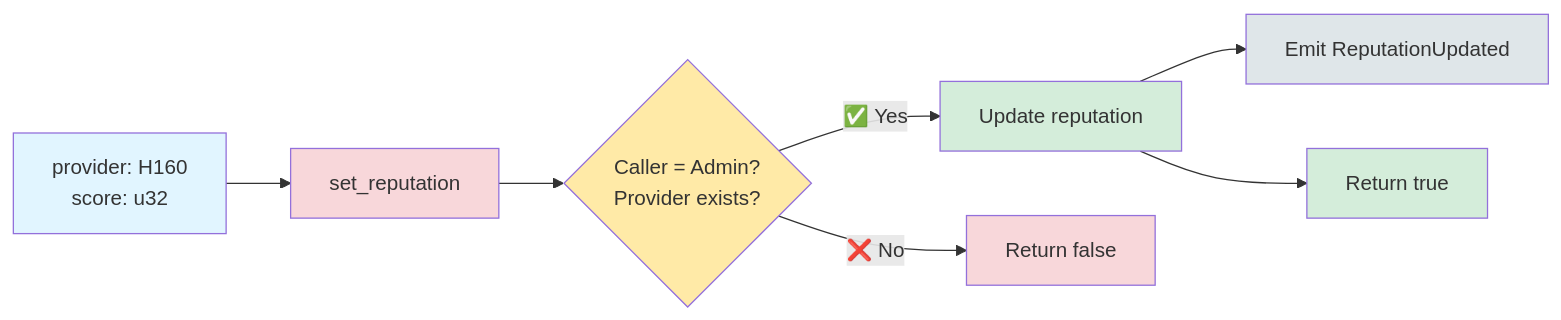
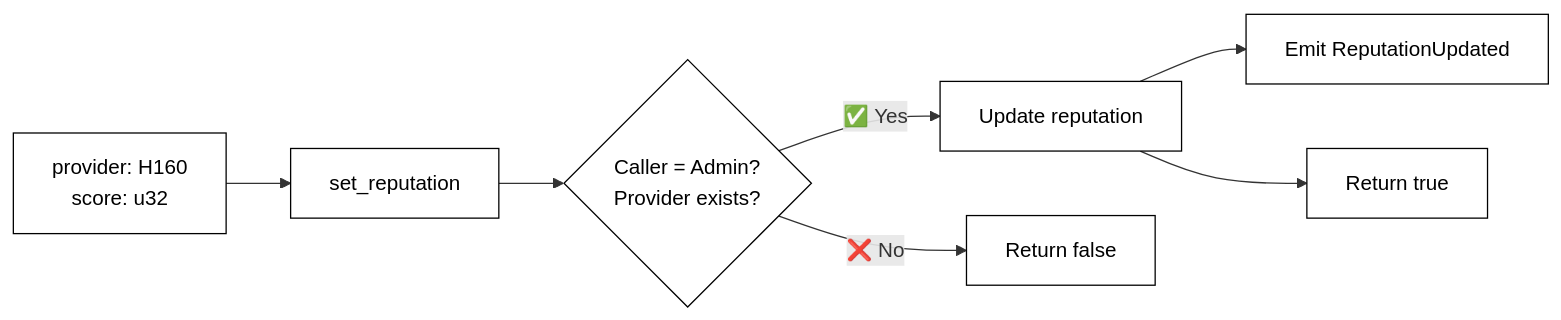
Before and after one commit to PolkaMesh/PolkaMesh-Contracts: the ninth of 17 diagrams in compute_provider_registry/README.md, drawn with Mermaid. The commit also changed other lines of this file and 4 other files, not shown here.

````diff
--- a/compute_provider_registry/README.md
+++ b/compute_provider_registry/README.md
@@ -214,17 +214,17 @@
 ```mermaid
 graph LR
     A[provider: H160<br/>score: u32] --> B[set_reputation]
     B --> C{Caller = Admin?<br/>Provider exists?}
     C -->|✅ Yes| D[Update reputation]
     C -->|❌ No| E[Return false]
     D --> F[Emit ReputationUpdated]
     D --> G[Return true]
 
-    style A fill:#e1f5ff
-    style B fill:#f8d7da
-    style C fill:#ffeaa7
-    style D fill:#d4edda
-    style E fill:#f8d7da
-    style F fill:#dfe6e9
-    style G fill:#d4edda
+    style A fill:#ffffff,stroke:#000000,color:#000000
+    style B fill:#ffffff,stroke:#000000,color:#000000
+    style C fill:#ffffff,stroke:#000000,color:#000000
+    style D fill:#ffffff,stroke:#000000,color:#000000
+    style E fill:#ffffff,stroke:#000000,color:#000000
+    style F fill:#ffffff,stroke:#000000,color:#000000
+    style G fill:#ffffff,stroke:#000000,color:#000000
 ```
````
